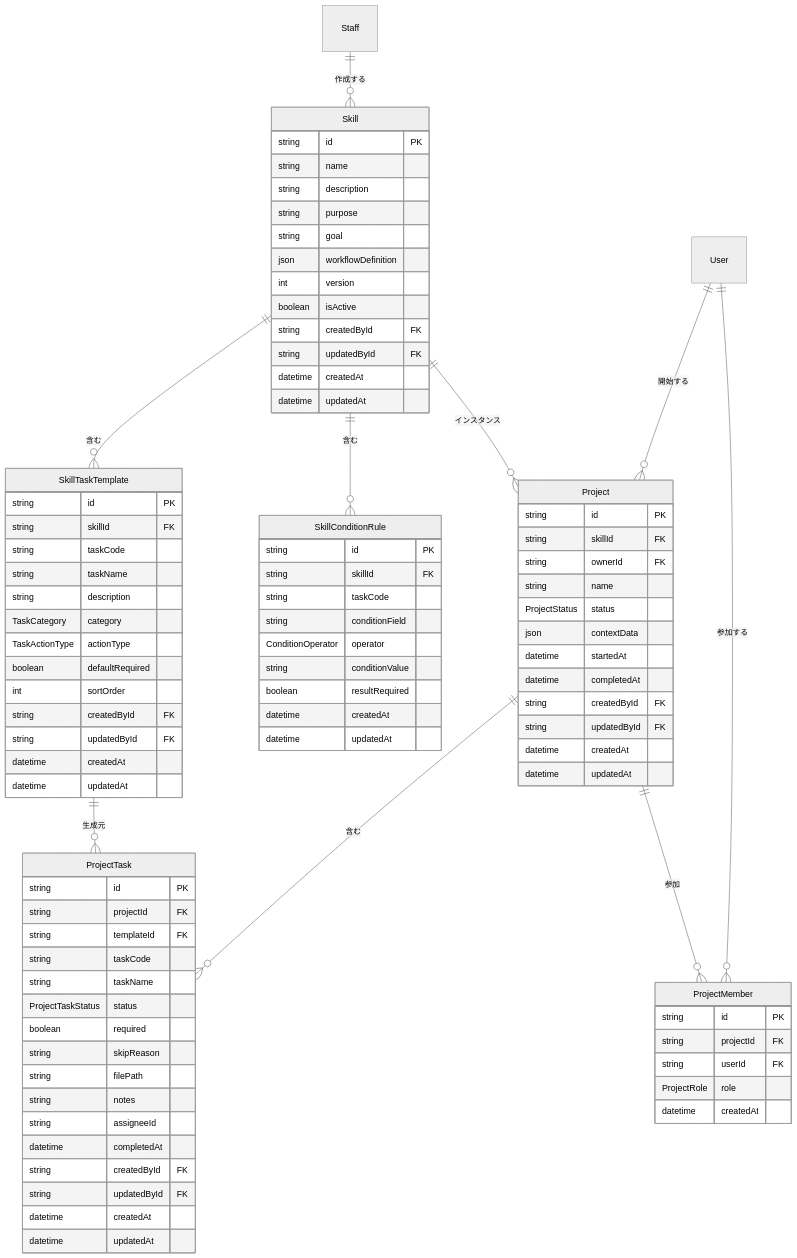
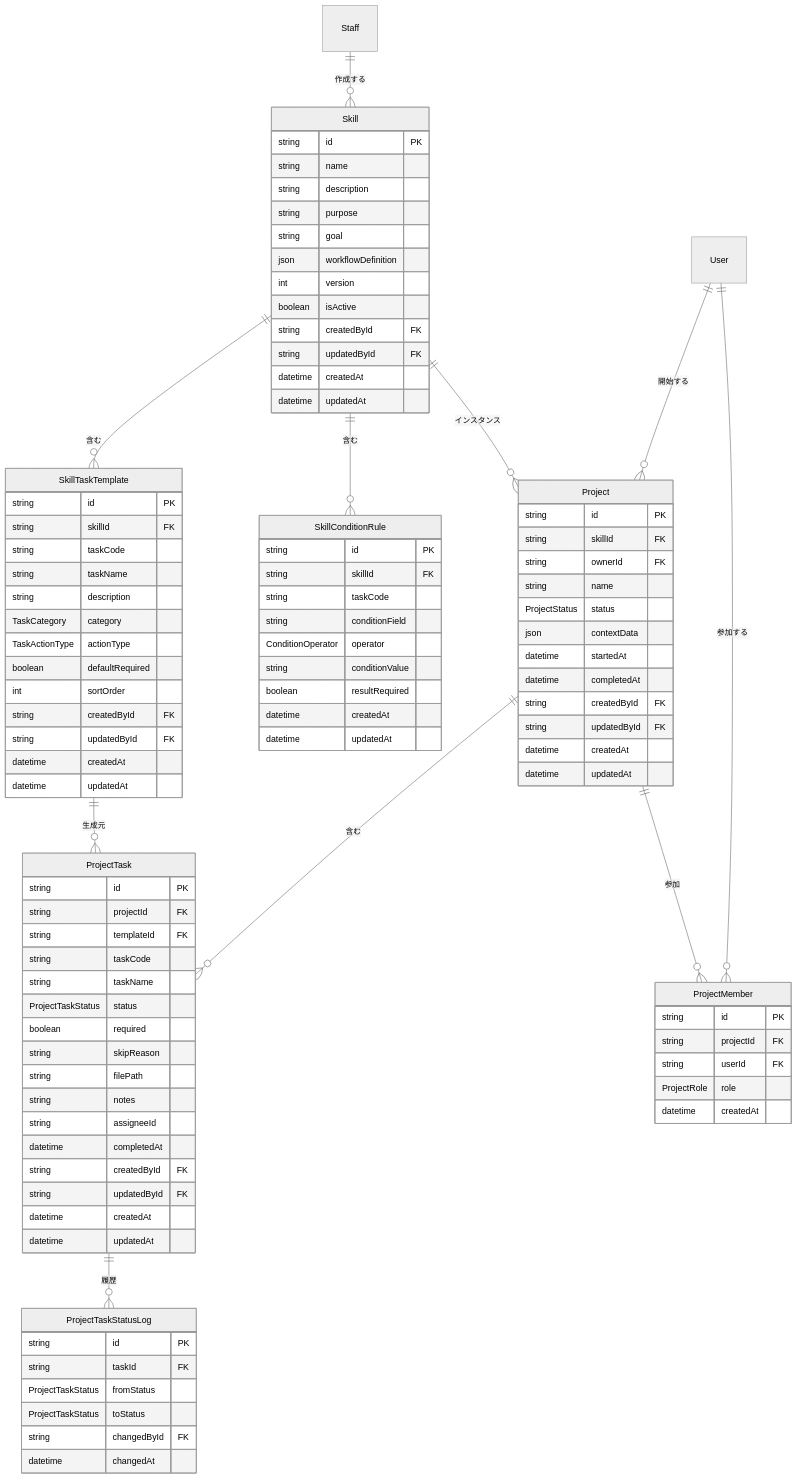
One commit to kincapy/joshinan-docs changed the diagram in docs/02-system-specification/18-project/01-entity.md. Above: the diagram before and after it, drawn with Mermaid (neutral theme). The commit also changed other lines of this file and 2 other files, not shown here.

First line of the commit message:
docs(project): プロジェクト作成ウィザード・4タブUI・企業情報タスクの仕様設計

````diff
--- a/docs/02-system-specification/18-project/01-entity.md
+++ b/docs/02-system-specification/18-project/01-entity.md
@@ -24,6 +25,7 @@
     Skill ||--o{ Project : "インスタンス"
     Project ||--o{ ProjectTask : "含む"
     Project ||--o{ ProjectMember : "参加"
+    ProjectTask ||--o{ ProjectTaskStatusLog : "履歴"
     SkillTaskTemplate ||--o{ ProjectTask : "生成元"
     Staff ||--o{ Skill : "作成する"
     User ||--o{ Project : "開始する"
@@ -113,4 +115,13 @@
         ProjectRole role
         datetime createdAt
     }
+
+    ProjectTaskStatusLog {
+        string id PK
+        string taskId FK
+        ProjectTaskStatus fromStatus
+        ProjectTaskStatus toStatus
+        string changedById FK
+        datetime changedAt
+    }
 ```
````
